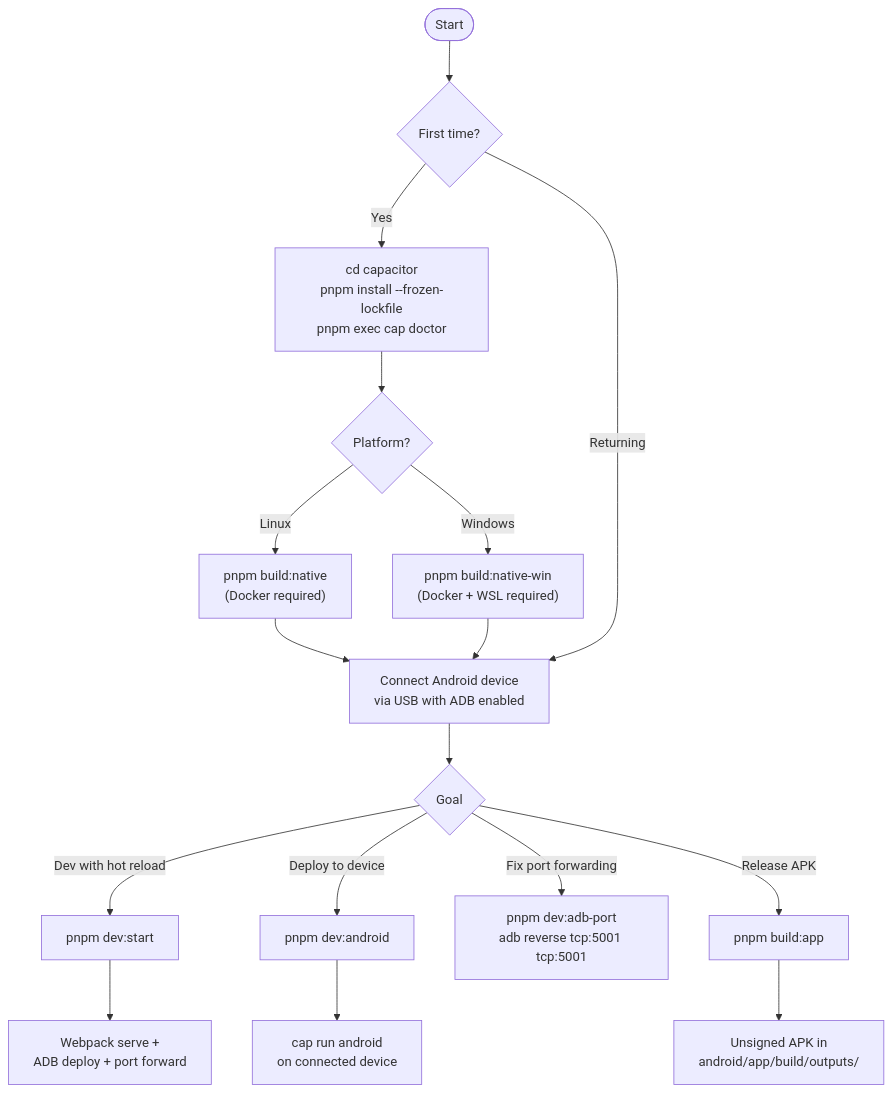
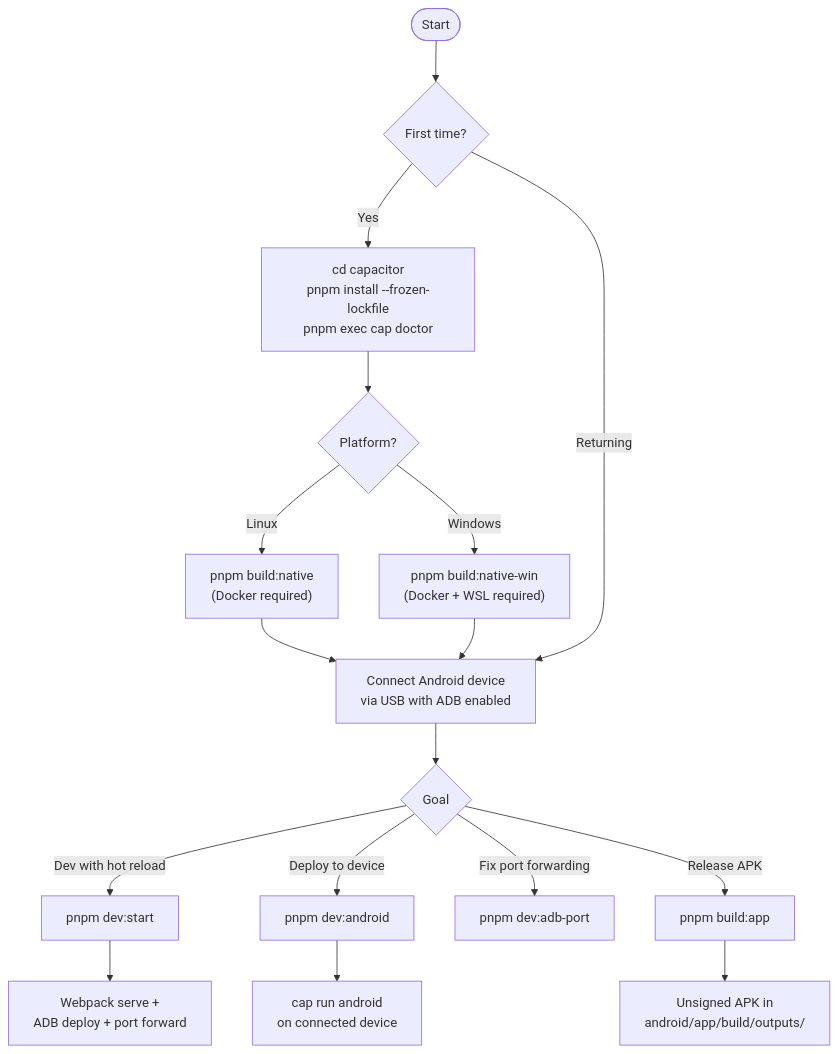
One commit to Emekalim/FroYoflix_v2 changed the sixth of 6 diagrams in README.md. Above: the diagram before and after it, drawn with Mermaid. The commit also changed other lines of this file, not shown here.

````diff
--- a/README.md
+++ b/README.md
@@ -470,19 +278,19 @@
 ```mermaid
 flowchart TD
     A([Start]) --> B{First time?}
     B -->|Yes| C["cd capacitor\npnpm install --frozen-lockfile\npnpm exec cap doctor"]
     C --> D{Platform?}
     D -->|Linux| E["pnpm build:native\n(Docker required)"]
     D -->|Windows| F["pnpm build:native-win\n(Docker + WSL required)"]
     E --> G
     F --> G
     B -->|Returning| G["Connect Android device\nvia USB with ADB enabled"]
     G --> H{Goal}
     H -->|Dev with hot reload| I["pnpm dev:start"]
     H -->|Deploy to device| J["pnpm dev:android"]
-    H -->|Fix port forwarding| K["pnpm dev:adb-port\nadb reverse tcp:5001 tcp:5001"]
+    H -->|Fix port forwarding| K["pnpm dev:adb-port"]
     H -->|Release APK| L["pnpm build:app"]
     I --> M["Webpack serve +\nADB deploy + port forward"]
     J --> N["cap run android\non connected device"]
     L --> O["Unsigned APK in\nandroid/app/build/outputs/"]
 ```
````
